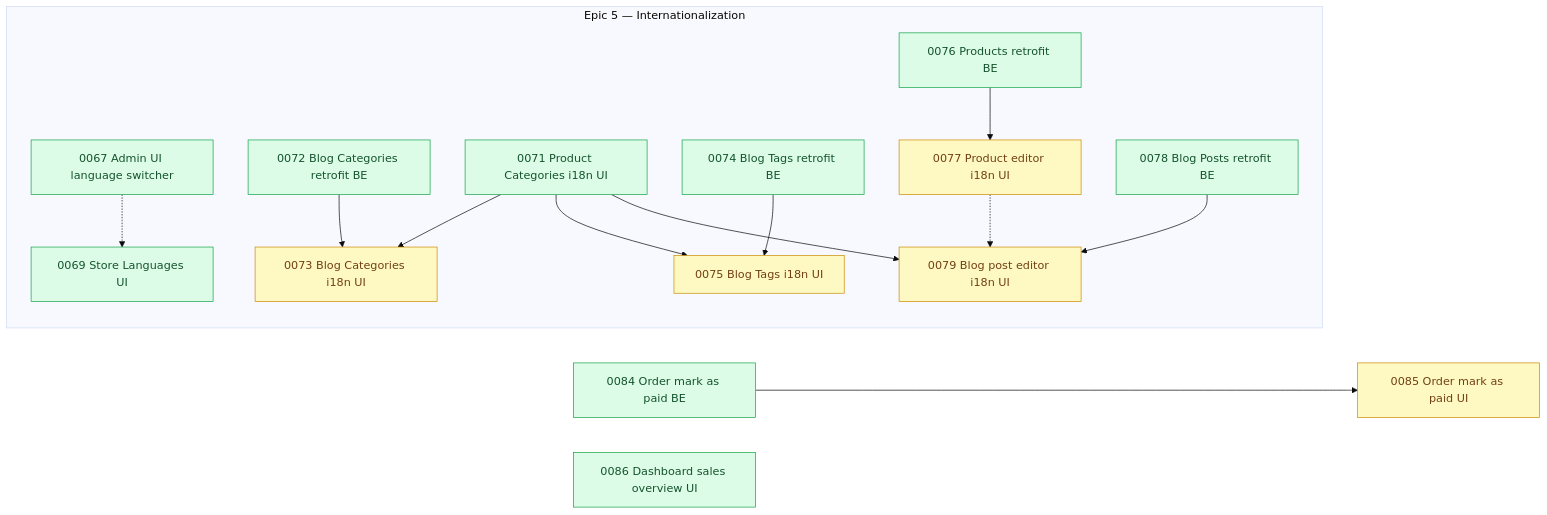
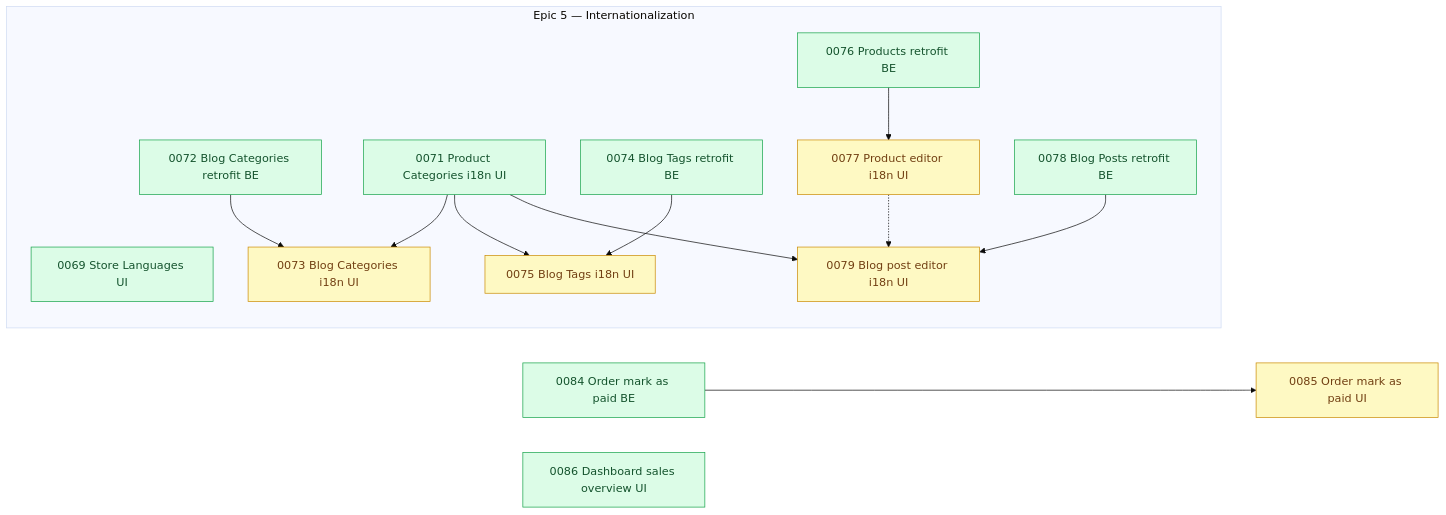
The diagram in arospe/ai-spec/tasks-map.md (shojen/AI4Devs-finalproject), drawn with Mermaid (base theme) before and after one commit. The commit also changed other lines of this file and 7 other files, not shown here.

First line of the commit message:
docs(tasks): close story 0067 and move it to done

````diff
--- a/arospe/ai-spec/tasks-map.md
+++ b/arospe/ai-spec/tasks-map.md
@@ -504,7 +512,6 @@
 
     subgraph PEND_I18N["Epic 5 — Internationalization"]
         direction TB
-        P0067["0067 Admin UI language switcher"]
         P0069["0069 Store Languages UI"]
         P0071["0071 Product Categories i18n UI"]
         P0072["0072 Blog Categories retrofit BE"]
@@ -580,7 +587,7 @@
     %% dependency and are now ready; 0073, 0075, 0077 and 0079 drop it but stay blocked on their
     %% other pending deps. 0066 and 0070 closed on separate branches and are reconciled together by
     %% this merge -- neither removal supersedes the other.)
-    P0067 -.-> P0069
+    %% (P0067 -.-> P0069 dropped: 0067 closed to done/ 2026-10-02, the fourth Epic 5 story to close; its node and the conflict edge are removed.)
     P0072 --> P0073
     P0071 --> P0073
     P0074 --> P0075
@@ -594,5 +601,5 @@
     %% (P0083 -.-> P0085 and P0083 --> P0086 dropped: 0083 is done; 0086 is now ready.)
 
     class P0073,P0075,P0077,P0079,P0085 pending;
-    class P0067,P0069,P0071,P0072,P0074,P0076,P0078,P0084,P0086 ready;
+    class P0069,P0071,P0072,P0074,P0076,P0078,P0084,P0086 ready;
 ```
````
